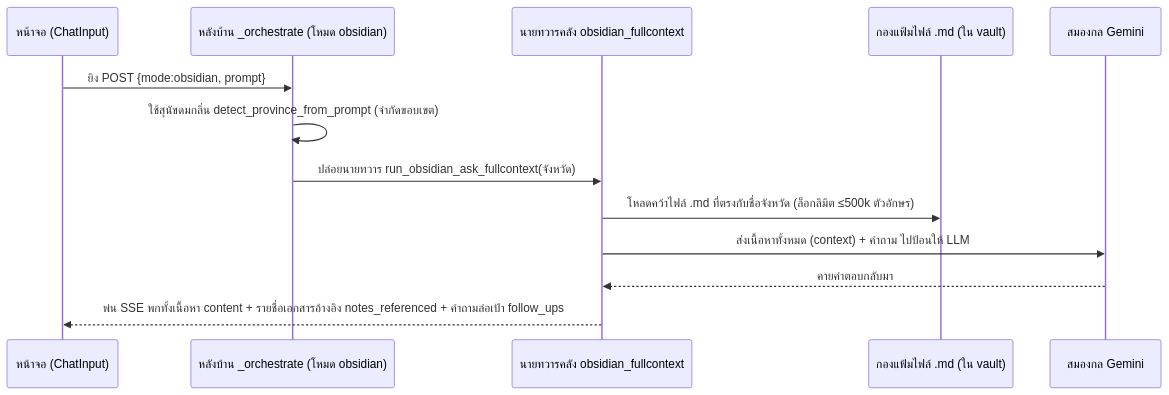
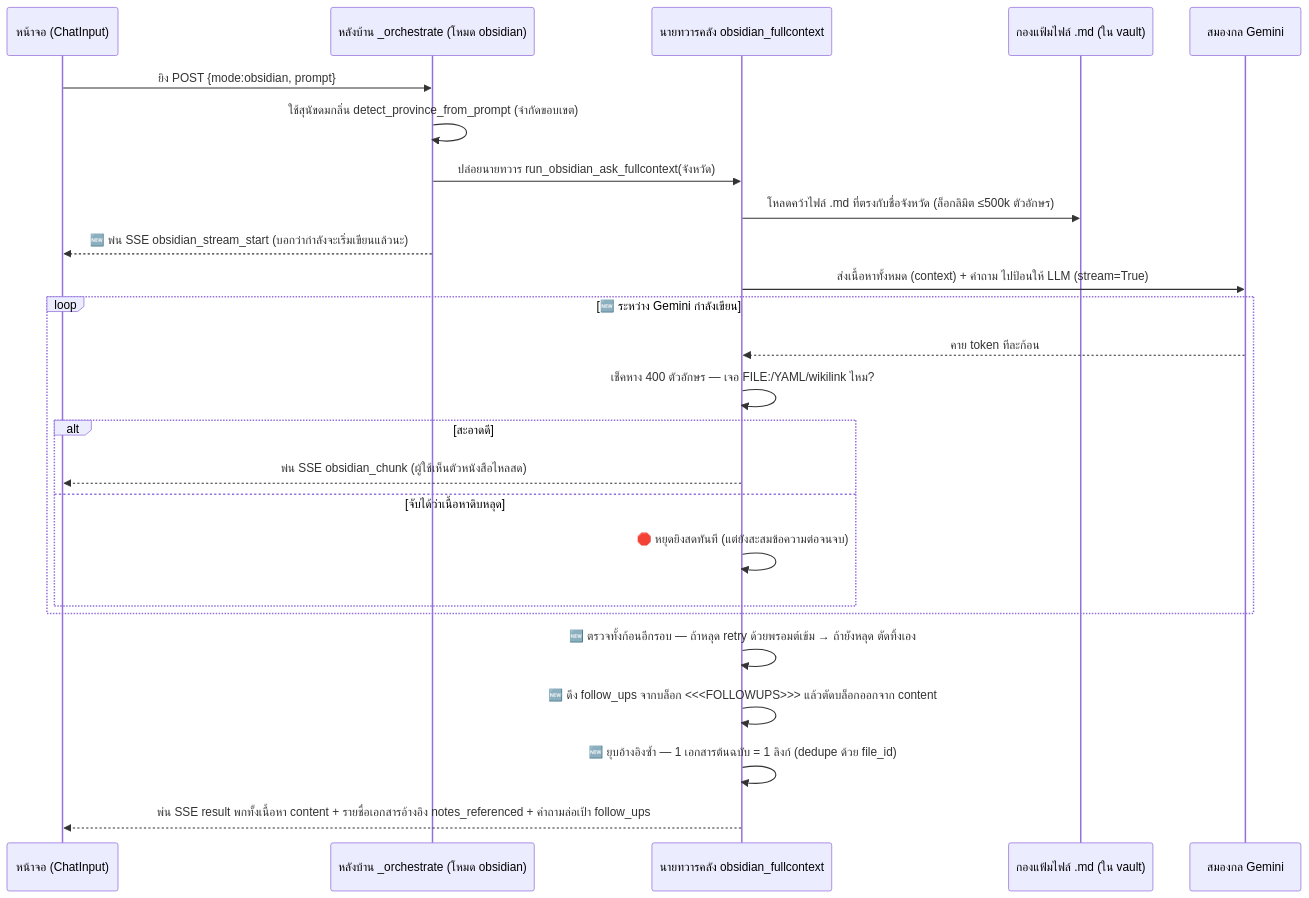
One commit to babankbro/musya-srs-vault changed the diagram in Workflow/03 - Knowledge Vault Workflow.md. Above: the diagram before and after it, drawn with Mermaid. The commit also changed other lines of this file and 23 other files, not shown here.

````diff
--- a/Workflow/03 - Knowledge Vault Workflow.md
+++ b/Workflow/03 - Knowledge Vault Workflow.md
@@ -16,15 +16,27 @@
 ```mermaid
 sequenceDiagram
     participant U as หน้าจอ (ChatInput)
     participant BE as หลังบ้าน _orchestrate (โหมด obsidian)
     participant OB as นายทวารคลัง obsidian_fullcontext
     participant FS as กองแฟ้มไฟล์ .md (ใน vault)
     participant G as สมองกล Gemini
     U->>BE: ยิง POST {mode:obsidian, prompt}
     BE->>BE: ใช้สุนัขดมกลิ่น detect_province_from_prompt (จำกัดขอบเขต)
     BE->>OB: ปล่อยนายทวาร run_obsidian_ask_fullcontext(จังหวัด)
     OB->>FS: โหลดคว้าไฟล์ .md ที่ตรงกับชื่อจังหวัด (ล็อกลิมิต ≤500k ตัวอักษร)
-    OB->>G: ส่งเนื้อหาทั้งหมด (context) + คำถาม ไปป้อนให้ LLM
-    G-->>OB: คายคำตอบกลับมา
-    OB-->>U: พ่น SSE พกทั้งเนื้อหา content + รายชื่อเอกสารอ้างอิง notes_referenced + คำถามล่อเป้า follow_ups
+    BE-->>U: 🆕 พ่น SSE obsidian_stream_start (บอกว่ากำลังจะเริ่มเขียนแล้วนะ)
+    OB->>G: ส่งเนื้อหาทั้งหมด (context) + คำถาม ไปป้อนให้ LLM (stream=True)
+    loop 🆕 ระหว่าง Gemini กำลังเขียน
+        G-->>OB: คาย token ทีละก้อน
+        OB->>OB: เช็คหาง 400 ตัวอักษร — เจอ FILE:/YAML/wikilink ไหม?
+        alt สะอาดดี
+            OB-->>U: พ่น SSE obsidian_chunk (ผู้ใช้เห็นตัวหนังสือไหลสด)
+        else จับได้ว่าเนื้อหาดิบหลุด
+            OB->>OB: 🛑 หยุดยิงสดทันที (แต่ยังสะสมข้อความต่อจนจบ)
+        end
+    end
+    OB->>OB: 🆕 ตรวจทั้งก้อนอีกรอบ — ถ้าหลุด retry ด้วยพรอมต์เข้ม → ถ้ายังหลุด ตัดทิ้งเอง
+    OB->>OB: 🆕 ดึง follow_ups จากบล็อก <<<FOLLOWUPS>>> แล้วตัดบล็อกออกจาก content
+    OB->>OB: 🆕 ยุบอ้างอิงซ้ำ — 1 เอกสารต้นฉบับ = 1 ลิงก์ (dedupe ด้วย file_id)
+    OB-->>U: พ่น SSE result พกทั้งเนื้อหา content + รายชื่อเอกสารอ้างอิง notes_referenced + คำถามล่อเป้า follow_ups
 ```
````
